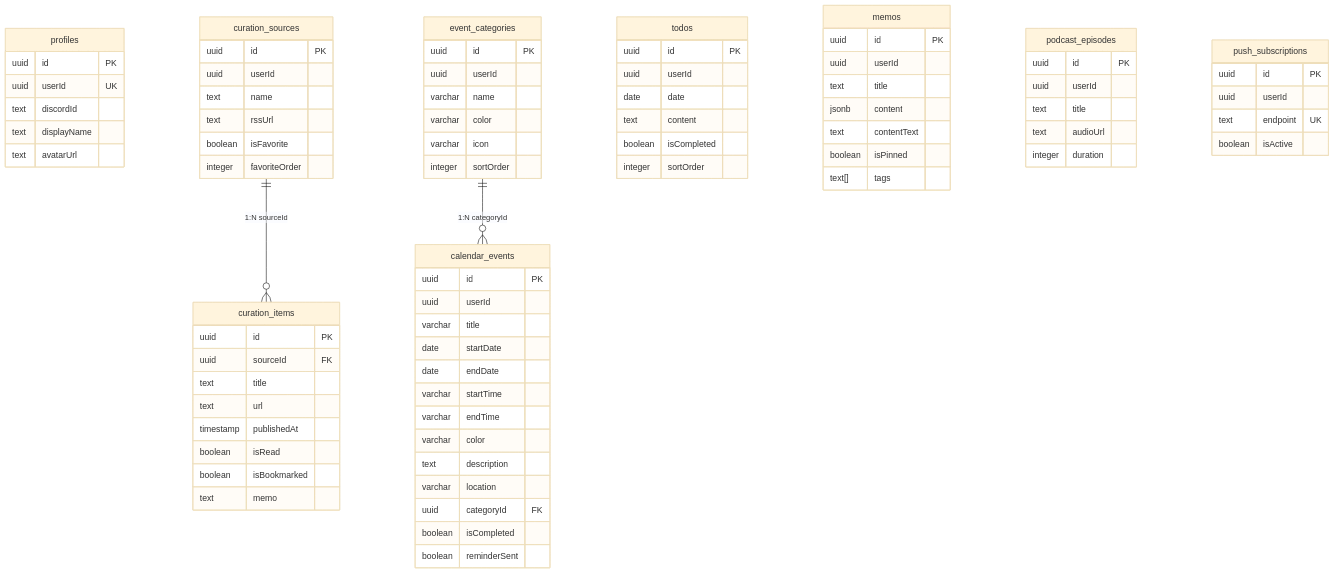
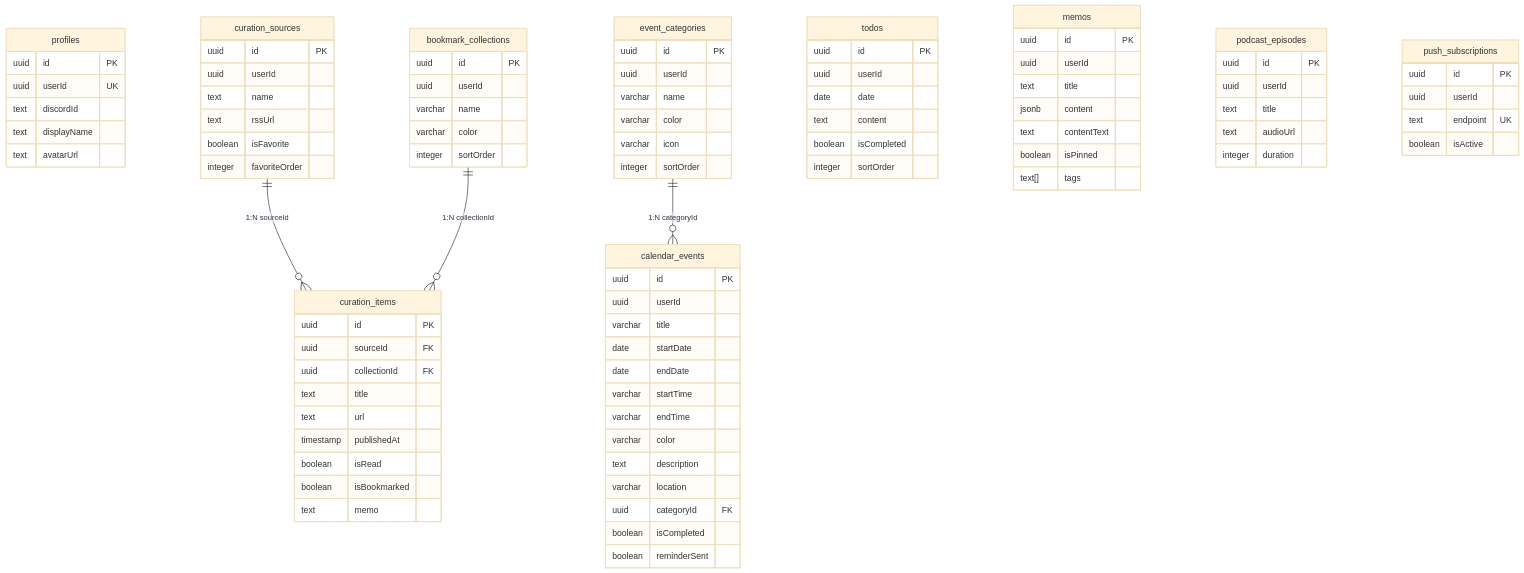
The fourth of 4 diagrams in docs/ARCHITECTURE.md (bbbang105/forme), drawn with Mermaid (base theme) before and after one commit. The commit also changed other lines of this file and 22 other files, not shown here.

````diff
--- a/docs/ARCHITECTURE.md
+++ b/docs/ARCHITECTURE.md
@@ -214,9 +215,18 @@
     integer favoriteOrder
   }
 
+  bookmark_collections {
+    uuid id PK
+    uuid userId
+    varchar name
+    varchar color
+    integer sortOrder
+  }
+
   curation_items {
     uuid id PK
     uuid sourceId FK
+    uuid collectionId FK
     text title
     text url
     timestamp publishedAt
@@ -285,5 +295,6 @@
   }
 
   curation_sources ||--o{ curation_items : "1:N sourceId"
+  bookmark_collections ||--o{ curation_items : "1:N collectionId"
   event_categories ||--o{ calendar_events : "1:N categoryId"
 ```
````
